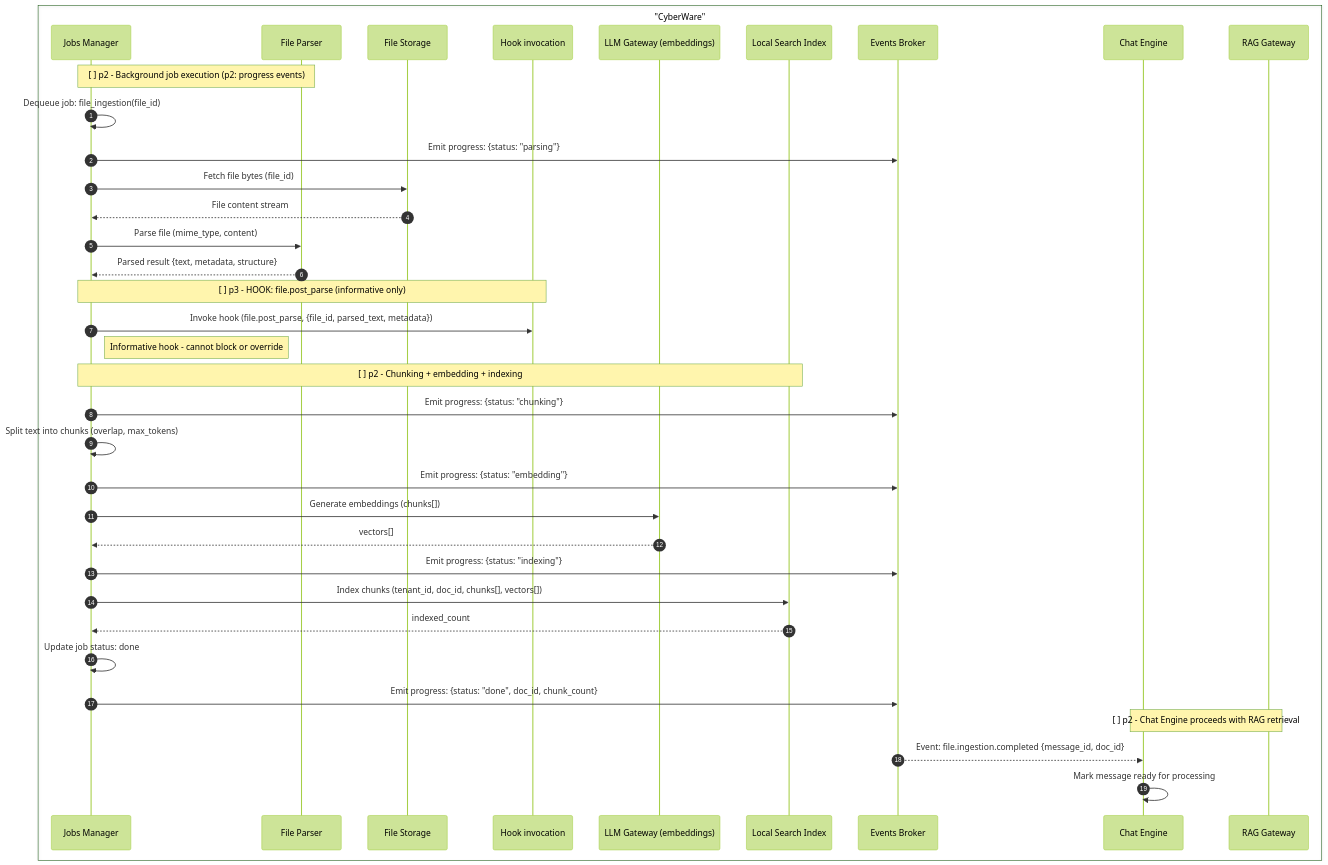
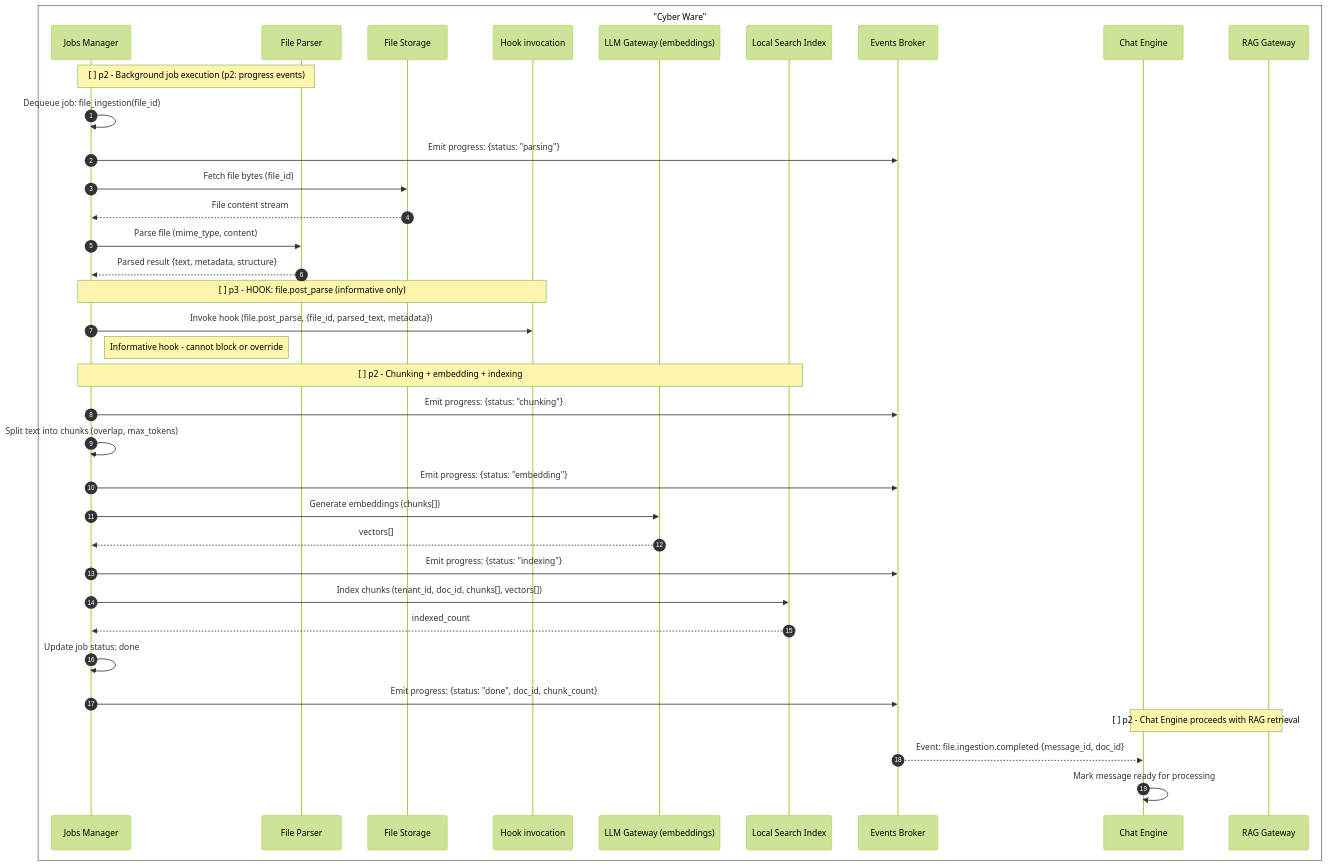
Before and after one commit to aviator5/hyperspot: the fourth of 11 diagrams in docs/MODULES.md, drawn with Mermaid (forest theme). The commit also changed other lines of this file and 140 other files, not shown here.

Commit message:
MAJOR: CyberFabric vs CyberWare split, part II

````diff
--- a/docs/MODULES.md
+++ b/docs/MODULES.md
@@ -1071,43 +1071,43 @@
 ```mermaid
 sequenceDiagram
   autonumber
-  box "CyberWare"
+  box "Cyber Ware"
     participant JM as Jobs Manager
     participant FP as File Parser
     participant FS as File Storage
     participant HK as Hook invocation
     participant LLM as LLM Gateway (embeddings)
     participant LSI as Local Search Index
     participant EB as Events Broker
     participant CE as Chat Engine
     participant RAG as RAG Gateway
   end
 
   Note over JM,FP: [ ] p2 - Background job execution (p2: progress events)
   JM->>JM: Dequeue job: file_ingestion(file_id)
   JM->>EB: Emit progress: {status: "parsing"}
   JM->>FS: Fetch file bytes (file_id)
   FS-->>JM: File content stream
   JM->>FP: Parse file (mime_type, content)
   FP-->>JM: Parsed result {text, metadata, structure}
 
   Note over JM,HK: [ ] p3 - HOOK: file.post_parse (informative only)
   JM->>HK: Invoke hook (file.post_parse, {file_id, parsed_text, metadata})
   Note right of JM: Informative hook - cannot block or override
 
   Note over JM,LSI: [ ] p2 - Chunking + embedding + indexing
   JM->>EB: Emit progress: {status: "chunking"}
   JM->>JM: Split text into chunks (overlap, max_tokens)
   JM->>EB: Emit progress: {status: "embedding"}
   JM->>LLM: Generate embeddings (chunks[])
   LLM-->>JM: vectors[]
   JM->>EB: Emit progress: {status: "indexing"}
   JM->>LSI: Index chunks (tenant_id, doc_id, chunks[], vectors[])
   LSI-->>JM: indexed_count
   JM->>JM: Update job status: done
   JM->>EB: Emit progress: {status: "done", doc_id, chunk_count}
 
   Note over CE,RAG: [ ] p2 - Chat Engine proceeds with RAG retrieval
   EB-->>CE: Event: file.ingestion.completed {message_id, doc_id}
   CE->>CE: Mark message ready for processing
 ```
````
